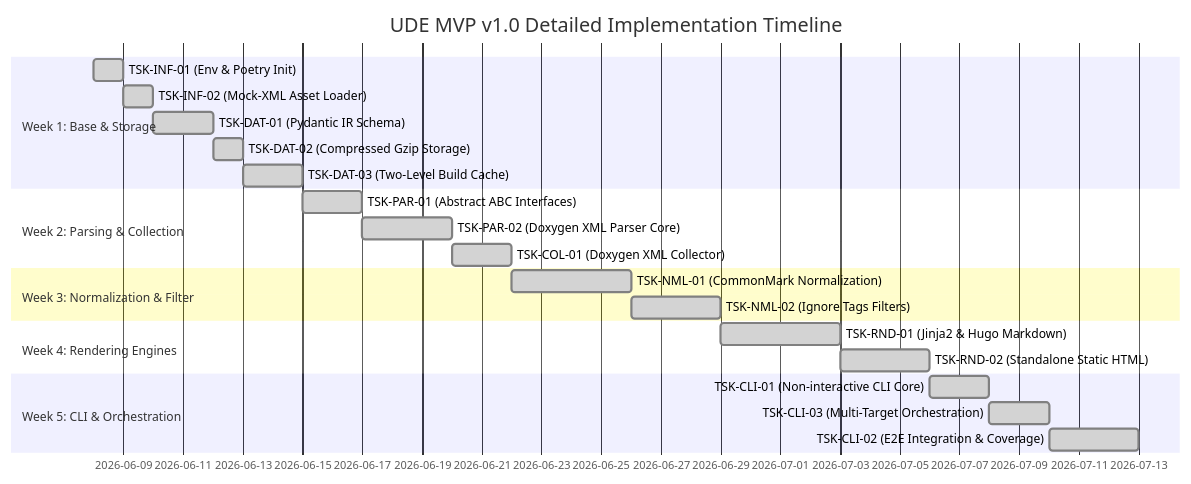
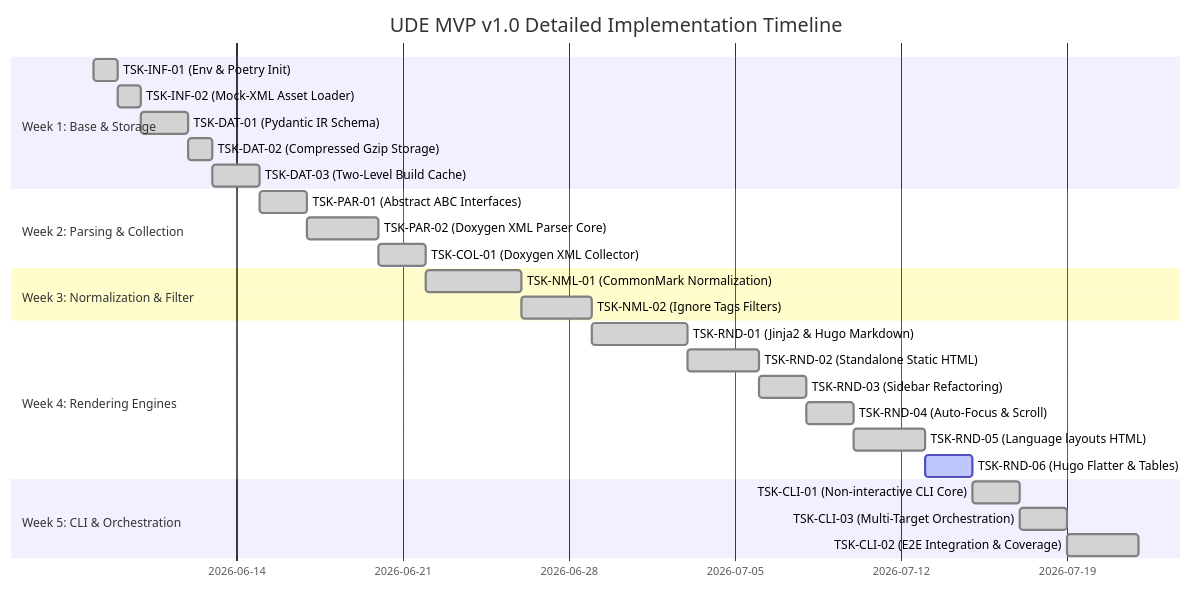
Before and after one commit to Sir-Derryk/Pipeline: the diagram in .antigravitycli/active_plan.md, drawn with Mermaid. The commit also changed other lines of this file and 1 other file, not shown here.

Commit message:
task: create task TSK-RND-06 for Hugo flat sidebar and update active plan

````diff
--- a/.antigravitycli/active_plan.md
+++ b/.antigravitycli/active_plan.md
@@ -14,25 +14,29 @@
 ```mermaid
 gantt
     title UDE MVP v1.0 Detailed Implementation Timeline
     dateFormat  YYYY-MM-DD
     section Week 1: Base & Storage
     TSK-INF-01 (Env & Poetry Init)       :done, t1, 2026-06-08, 1d
     TSK-INF-02 (Mock-XML Asset Loader)   :done, t2, after t1, 1d
     TSK-DAT-01 (Pydantic IR Schema)      :done, t3, after t2, 2d
     TSK-DAT-02 (Compressed Gzip Storage) :done, t4, after t3, 1d
     TSK-DAT-03 (Two-Level Build Cache)   :done, t5, after t4, 2d
     section Week 2: Parsing & Collection
     TSK-PAR-01 (Abstract ABC Interfaces) :done, t6, after t5, 2d
     TSK-PAR-02 (Doxygen XML Parser Core) :done, t7, after t6, 3d
     TSK-COL-01 (Doxygen XML Collector)   :done, t8, after t7, 2d
     section Week 3: Normalization & Filter
     TSK-NML-01 (CommonMark Normalization):done, t9, after t8, 4d
     TSK-NML-02 (Ignore Tags Filters)     :done, t10, after t9, 3d
     section Week 4: Rendering Engines
     TSK-RND-01 (Jinja2 & Hugo Markdown)  :done, t11, after t10, 4d
     TSK-RND-02 (Standalone Static HTML)  :done, t12, after t11, 3d
+    TSK-RND-03 (Sidebar Refactoring)     :done, t13, after t12, 2d
+    TSK-RND-04 (Auto-Focus & Scroll)     :done, t14, after t13, 2d
+    TSK-RND-05 (Language layouts HTML)   :done, t15, after t14, 3d
+    TSK-RND-06 (Hugo Flatter & Tables)   :active, t16, after t15, 2d
     section Week 5: CLI & Orchestration
-    TSK-CLI-01 (Non-interactive CLI Core):done, t13, after t12, 2d
-    TSK-CLI-03 (Multi-Target Orchestration):done, t14, after t13, 2d
-    TSK-CLI-02 (E2E Integration & Coverage):done, t15, after t14, 3d
+    TSK-CLI-01 (Non-interactive CLI Core):done, t17, after t16, 2d
+    TSK-CLI-03 (Multi-Target Orchestration):done, t18, after t17, 2d
+    TSK-CLI-02 (E2E Integration & Coverage):done, t19, after t18, 3d
 ```
````
